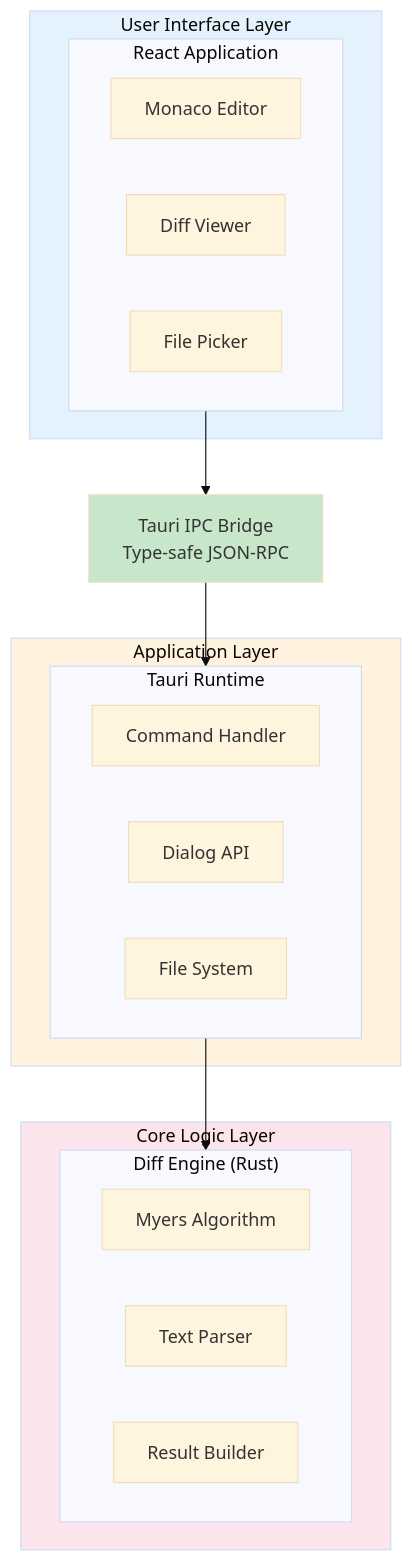
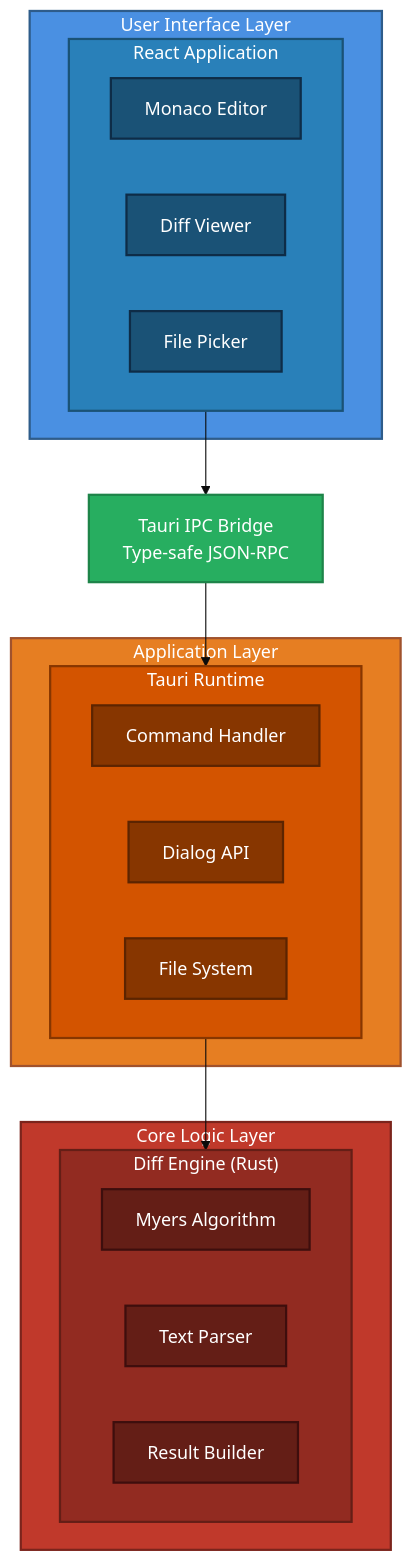
One commit to SeamusMullan/differential changed the first of 3 diagrams in docs/architecture.md. Above: the diagram before and after it, drawn with Mermaid (base theme). The commit also changed 1 other file, not shown here.

Commit message:
docs: use darker colors in Mermaid diagrams for better readability
- Replace light pastel colors with darker, high-contrast colors
- Add white text color for better contrast against dark backgrounds
- Add stroke borders to all elements for better definition
- Improve overall visual hierarchy

Color scheme:
- Frontend/UI Layer: Dark blue (#4A90E2, #2980B9)
- Backend/Application Layer: Dark orange (#E67E22, #D35400)
- Core Logic Layer: Dark red (#C0392B, #922B21)
- IPC Bridge: Dark green (#27AE60)

This significantly improves readability on both light and dark themes.

````diff
--- a/docs/architecture.md
+++ b/docs/architecture.md
@@ -9,37 +9,49 @@
 ```mermaid
 graph TB
     subgraph UI["User Interface Layer"]
         subgraph React["React Application"]
             Monaco[Monaco Editor]
             DiffViewer[Diff Viewer]
             FilePicker[File Picker]
         end
     end
     
     IPC[Tauri IPC Bridge<br/>Type-safe JSON-RPC]
     
     subgraph App["Application Layer"]
         subgraph Tauri["Tauri Runtime"]
             CommandHandler[Command Handler]
             DialogAPI[Dialog API]
             FileSystem[File System]
         end
     end
     
     subgraph Core["Core Logic Layer"]
         subgraph DiffEngine["Diff Engine (Rust)"]
             Myers[Myers Algorithm]
             TextParser[Text Parser]
             ResultBuilder[Result Builder]
         end
     end
     
     React --> IPC
     IPC --> Tauri
     Tauri --> DiffEngine
     
-    style UI fill:#e3f2fd
-    style App fill:#fff3e0
-    style Core fill:#fce4ec
-    style IPC fill:#c8e6c9
+    style UI fill:#4A90E2,stroke:#2E5C8A,stroke-width:2px,color:#fff
+    style React fill:#2980B9,stroke:#1A5276,stroke-width:2px,color:#fff
+    style App fill:#E67E22,stroke:#A0522D,stroke-width:2px,color:#fff
+    style Tauri fill:#D35400,stroke:#873600,stroke-width:2px,color:#fff
+    style Core fill:#C0392B,stroke:#7B241C,stroke-width:2px,color:#fff
+    style DiffEngine fill:#922B21,stroke:#641E16,stroke-width:2px,color:#fff
+    style IPC fill:#27AE60,stroke:#1E8449,stroke-width:2px,color:#fff
+    style Monaco fill:#1A5276,stroke:#0E2C47,stroke-width:2px,color:#fff
+    style DiffViewer fill:#1A5276,stroke:#0E2C47,stroke-width:2px,color:#fff
+    style FilePicker fill:#1A5276,stroke:#0E2C47,stroke-width:2px,color:#fff
+    style CommandHandler fill:#873600,stroke:#5C2400,stroke-width:2px,color:#fff
+    style DialogAPI fill:#873600,stroke:#5C2400,stroke-width:2px,color:#fff
+    style FileSystem fill:#873600,stroke:#5C2400,stroke-width:2px,color:#fff
+    style Myers fill:#641E16,stroke:#3E0E0D,stroke-width:2px,color:#fff
+    style TextParser fill:#641E16,stroke:#3E0E0D,stroke-width:2px,color:#fff
+    style ResultBuilder fill:#641E16,stroke:#3E0E0D,stroke-width:2px,color:#fff
 ```
````
